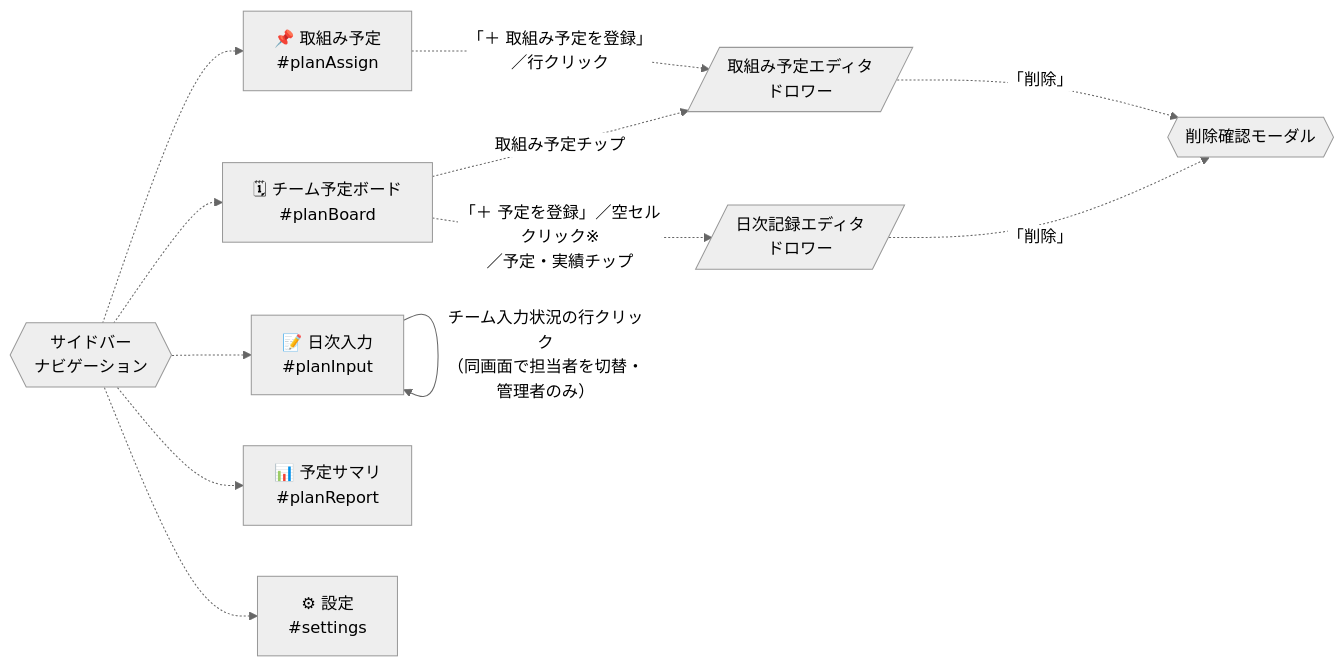
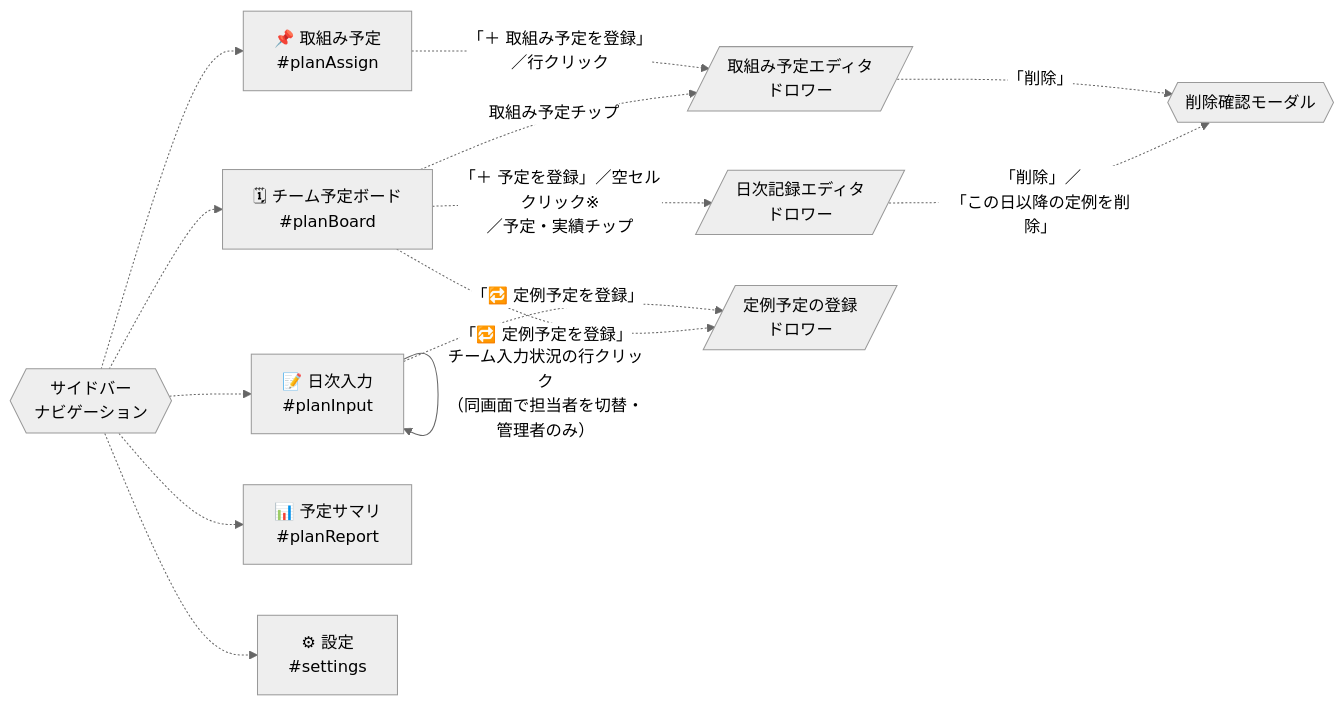
One commit to okSJ28/management-tool changed the fourth of 7 diagrams in docs/画面遷移図.md. Above: the diagram before and after it, drawn with Mermaid (neutral theme). The commit also changed other lines of this file and 7 other files, not shown here.

````diff
--- a/docs/画面遷移図.md
+++ b/docs/画面遷移図.md
@@ -169,27 +169,30 @@
 ```mermaid
 flowchart LR
     ASSIGN["📌 取組み予定<br/>#planAssign"]
     INPUT["📝 日次入力<br/>#planInput"]
     BOARD["🗓 チーム予定ボード<br/>#planBoard"]
     REPORT["📊 予定サマリ<br/>#planReport"]
     SET["⚙ 設定<br/>#settings"]
 
     AEDIT[/"取組み予定エディタ<br/>ドロワー"/]
     PEDIT[/"日次記録エディタ<br/>ドロワー"/]
+    REC[/"定例予定の登録<br/>ドロワー"/]
     CONFIRM{{"削除確認モーダル"}}
 
     ASSIGN -.->|"「＋ 取組み予定を登録」<br/>／行クリック"| AEDIT
     BOARD -.->|"「＋ 予定を登録」／空セルクリック※<br/>／予定・実績チップ"| PEDIT
     BOARD -.->|"取組み予定チップ"| AEDIT
     AEDIT -.->|"「削除」"| CONFIRM
-    PEDIT -.->|"「削除」"| CONFIRM
+    PEDIT -.->|"「削除」／<br/>「この日以降の定例を削除」"| CONFIRM
+    INPUT -.->|"「🔁 定例予定を登録」"| REC
+    BOARD -.->|"「🔁 定例予定を登録」"| REC
 
     INPUT -->|"チーム入力状況の行クリック<br/>（同画面で担当者を切替・管理者のみ）"| INPUT
 
     NAV{{"サイドバー<br/>ナビゲーション"}}
     NAV -.-> ASSIGN
     NAV -.-> INPUT
     NAV -.-> BOARD
     NAV -.-> REPORT
     NAV -.-> SET
 ```
````
